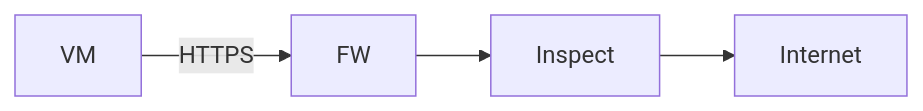
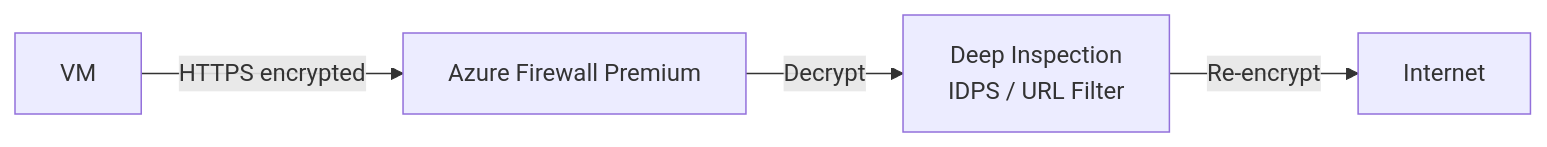
The seventh of 10 diagrams in azure-firewall.md (atulkamble/Azure-Firewall), drawn with Mermaid before and after one commit. The commit also changed other lines of this file, not shown here.

````diff
--- a/azure-firewall.md
+++ b/azure-firewall.md
@@ -151,6 +161,6 @@
 ```mermaid
 flowchart LR
-    VM -->|HTTPS| FW
-    FW --> Inspect
-    Inspect --> Internet
+    VM -->|"HTTPS encrypted"| FW[Azure Firewall Premium]
+    FW -->|Decrypt| Inspect[Deep Inspection\nIDPS / URL Filter]
+    Inspect -->|Re-encrypt| Internet
 ```
````
